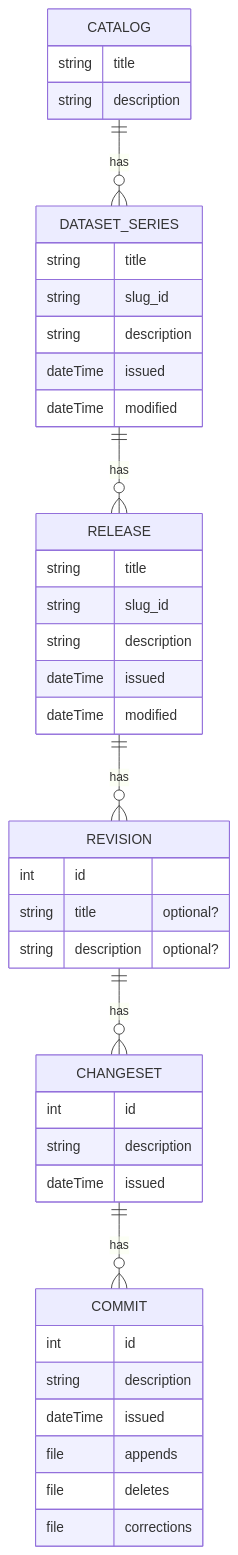
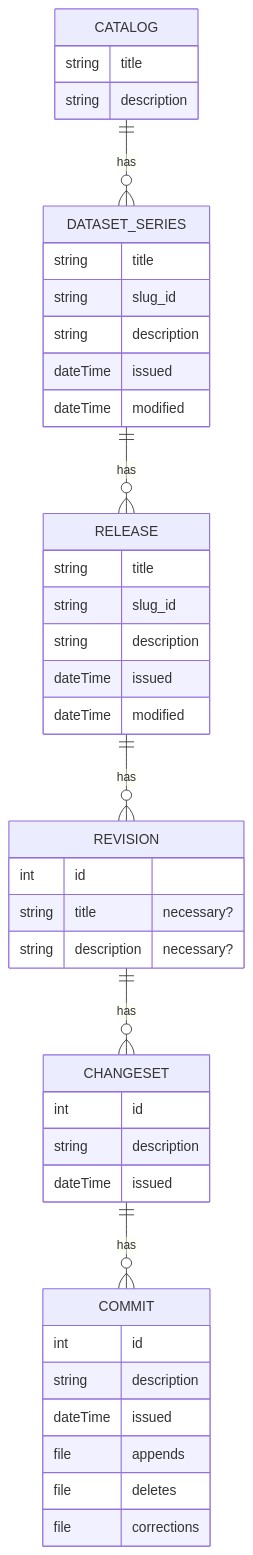
One commit to Swirrl/datahost-prototypes changed the diagram in doc/data-model.md. Above: the diagram before and after it, drawn with Mermaid.

Commit message:
Update data-model.md
tweak diagram

````diff
--- a/doc/data-model.md
+++ b/doc/data-model.md
@@ -1,52 +1,52 @@
 ```mermaid
 erDiagram
     CATALOG ||--o{ DATASET_SERIES : has
 
     CATALOG { 
         string title 
         string description
     }
 
     DATASET_SERIES { 
         string title 
         string slug_id
         string description
         dateTime issued
         dateTime modified
     }
 
     RELEASE { 
         string title 
         string slug_id
         string description
         dateTime issued
         dateTime modified
     }
 
     REVISION { 
         int id 
-        string title "optional?"
-        string description "optional?"
+        string title "necessary?"
+        string description "necessary?"
     }
 
     CHANGESET { 
         int id 
         string description
         dateTime issued
     }
 
     COMMIT { 
         int id 
         string description
         dateTime issued
         file appends
         file deletes
         file corrections
     }
 
     DATASET_SERIES ||--o{ RELEASE : has
     RELEASE ||--o{ REVISION : has
     REVISION ||--o{ CHANGESET : has
     CHANGESET ||--o{ COMMIT : has 
 
 ```
````
